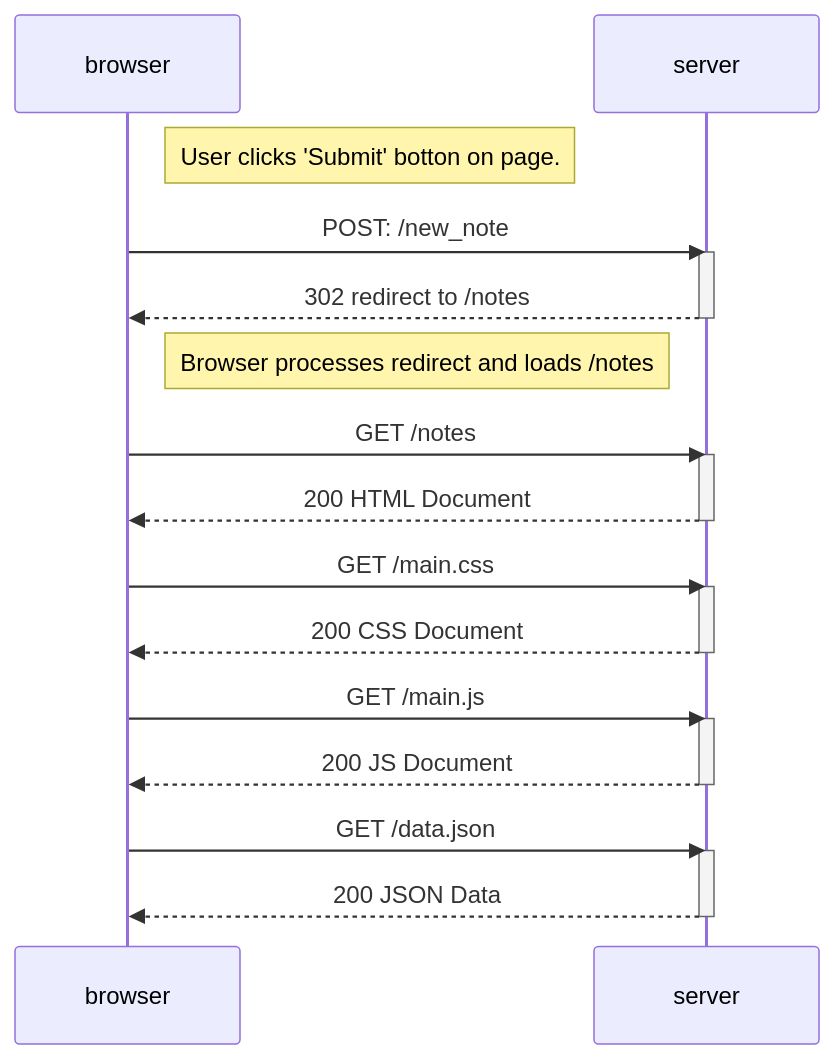
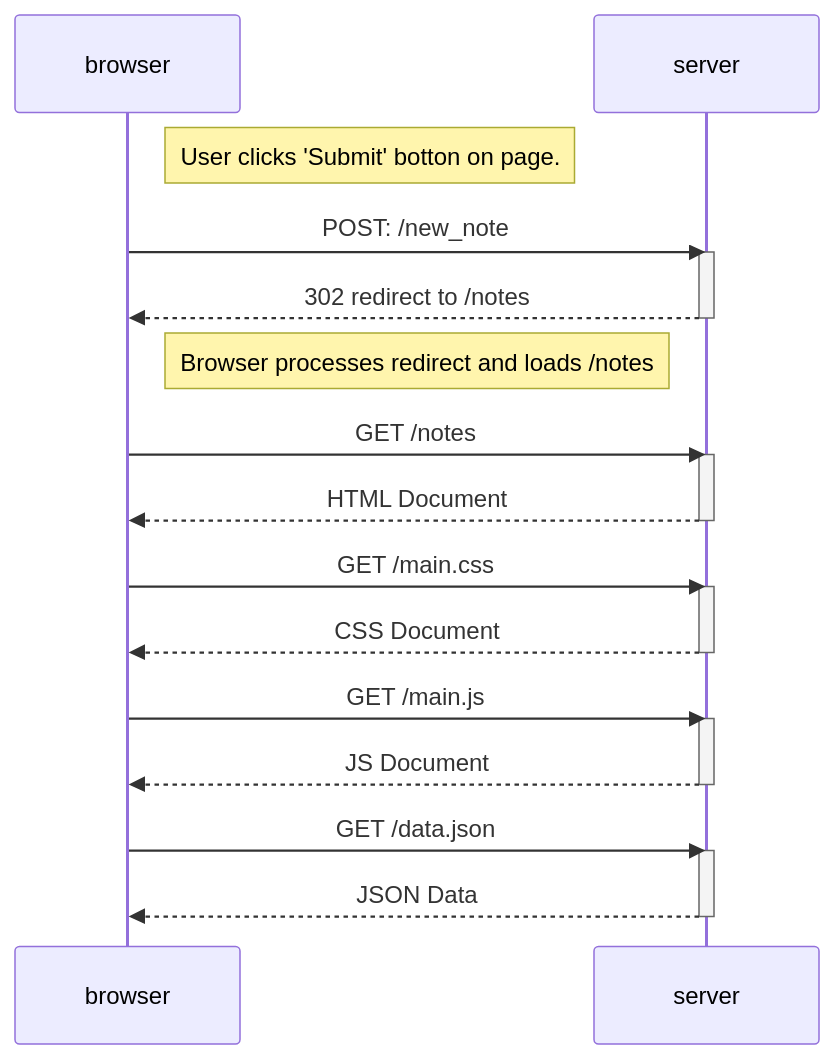
Before and after one commit to iamkevinseaman/fullstackopen: the diagram in part0/0.4.new-note-diagram.md, drawn with Mermaid.

Commit message:
Removed 200 response codes

````diff
--- a/part0/0.4.new-note-diagram.md
+++ b/part0/0.4.new-note-diagram.md
@@ -5,35 +5,35 @@
 ```mermaid
     sequenceDiagram
         participant browser
         participant server
         
         Note right of browser: User clicks 'Submit' botton on page.
         
         browser->>server: POST:  /new_note
         activate server
         server-->>browser: 302 redirect to /notes
         deactivate server
         
         Note right of browser: Browser processes redirect and loads /notes
         
         browser->>server: GET /notes
         activate server
-        server-->>browser: 200 HTML Document
+        server-->>browser: HTML Document
         deactivate server
         
         browser->>server: GET /main.css
         activate server
-        server-->>browser: 200 CSS Document
+        server-->>browser: CSS Document
         deactivate server
         
         browser->>server: GET /main.js
         activate server
-        server-->>browser: 200 JS Document
+        server-->>browser: JS Document
         deactivate server
         
         browser->>server: GET /data.json
         activate server
-        server-->>browser: 200 JSON Data
+        server-->>browser: JSON Data
         deactivate server
         
 ```
````
